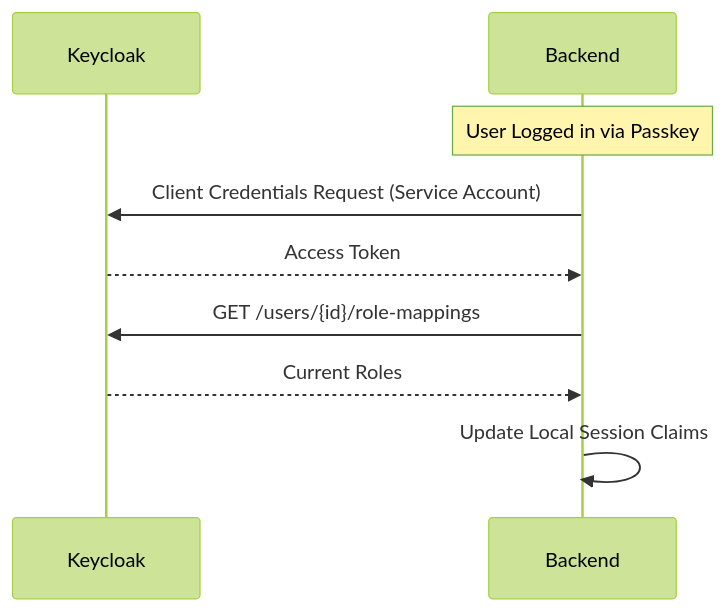
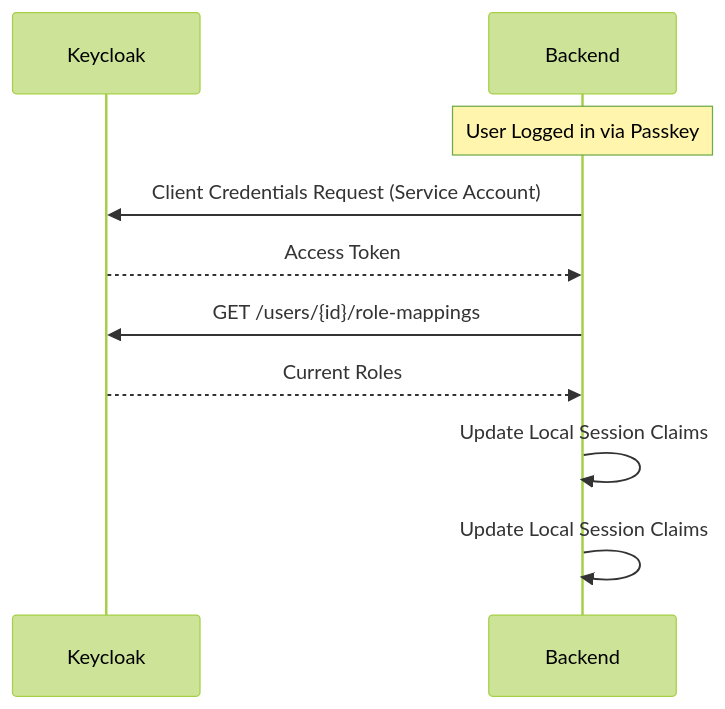
Before and after one commit to ernstvorsteveld/go-webauthn-simple-example: the second of 3 diagrams in docs/architecture.md, drawn with Mermaid (forest theme). The commit also changed other lines of this file, not shown here.

````diff
--- a/docs/architecture.md
+++ b/docs/architecture.md
@@ -66,12 +66,13 @@
 ```mermaid
 sequenceDiagram
     participant IDP as Keycloak
     participant BE as Backend
     
     Note over BE: User Logged in via Passkey
     BE->>IDP: Client Credentials Request (Service Account)
     IDP-->>BE: Access Token
     BE->>IDP: GET /users/{id}/role-mappings
     IDP-->>BE: Current Roles
     BE->>BE: Update Local Session Claims
+    BE->>BE: Update Local Session Claims
 ```
````
